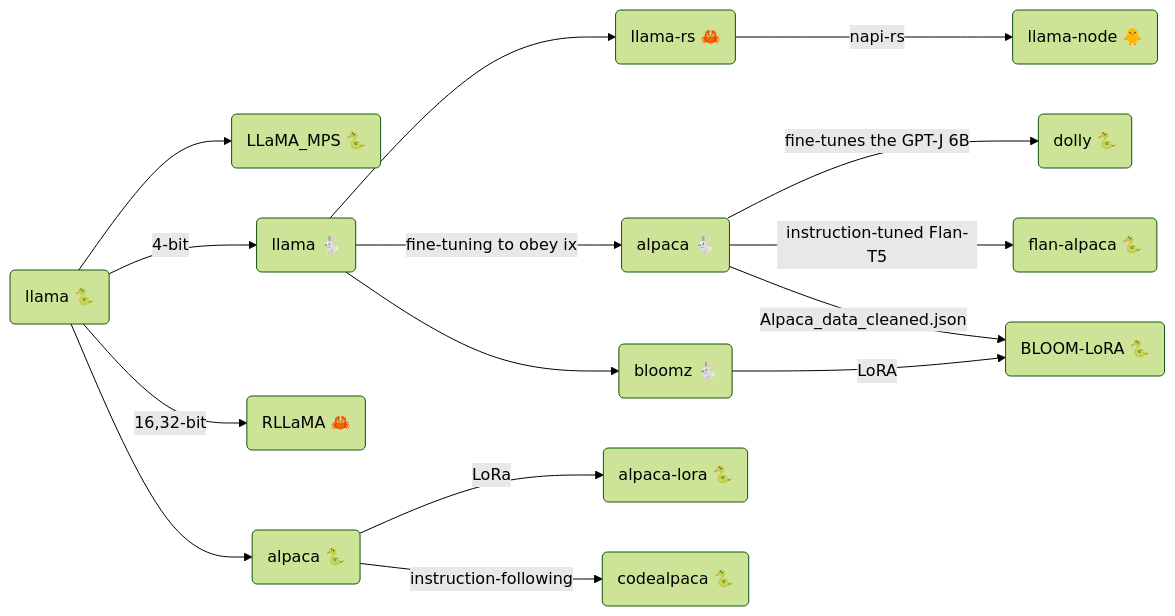
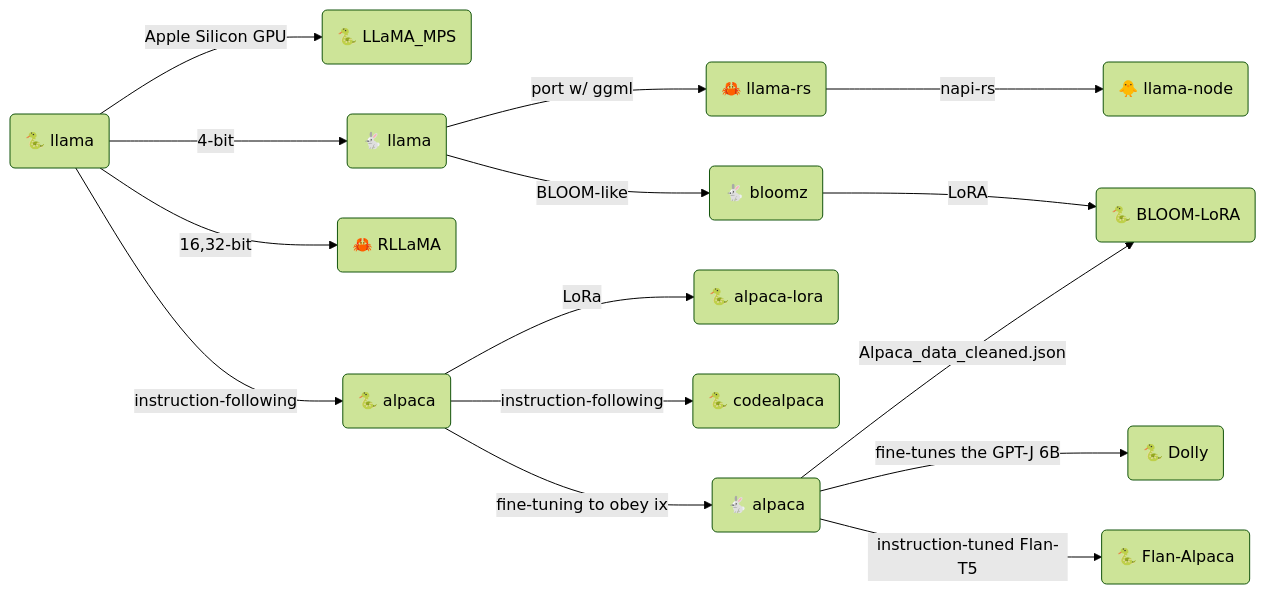
The second of 3 diagrams in src/ml/llama.md (gist-rs/book), drawn with Mermaid (forest theme) before and after one commit. The commit also changed other lines of this file, not shown here.

````diff
--- a/src/ml/llama.md
+++ b/src/ml/llama.md
@@ -66,16 +66,16 @@
 ```mermaid
 graph LR;
-A --> AA("LLaMA_MPS 🐍")
-A("llama 🐍") --"4-bit"--> B("llama 🐇")
-B --> C("llama-rs 🦀")
-A --"16,32-bit"--> CC("RLLaMA 🦀")
-C --"napi-rs"--> I("llama-node 🐥")
-B --"fine-tuning to obey ix"--> D("alpaca 🐇")
-A --> E("alpaca 🐍") --LoRa--> F("alpaca-lora 🐍")
-E --instruction-following--> H("codealpaca 🐍")
-D --"fine-tunes the GPT-J 6B"--> DD("dolly 🐍")
-D --"instruction-tuned Flan-T5"--> DDD("flan-alpaca 🐍")
-B --> BB("bloomz 🐇")
-BB --LoRA--> DDDD("BLOOM-LoRA 🐍")
-D --Alpaca_data_cleaned.json--> DDDD("BLOOM-LoRA 🐍")
+A --Apple Silicon GPU--> AA("🐍 LLaMA_MPS")
+A("🐍 llama") --"4-bit"--> B("🐇 llama")
+B --port w/ ggml--> C("🦀 llama-rs")
+A --"16,32-bit"--> CC("🦀 RLLaMA")
+C --"napi-rs"--> I("🐥 llama-node")
+E --"fine-tuning to obey ix"--> D("🐇 alpaca")
+A --instruction-following--> E("🐍 alpaca") --LoRa--> F("🐍 alpaca-lora")
+E --instruction-following--> H("🐍 codealpaca")
+D --"fine-tunes the GPT-J 6B"--> DD("🐍 Dolly")
+D --"instruction-tuned Flan-T5"--> DDD("🐍 Flan-Alpaca")
+B --BLOOM-like--> BB("🐇 bloomz")
+BB --LoRA--> DDDD("🐍 BLOOM-LoRA")
+D --Alpaca_data_cleaned.json--> DDDD
 ```
````
